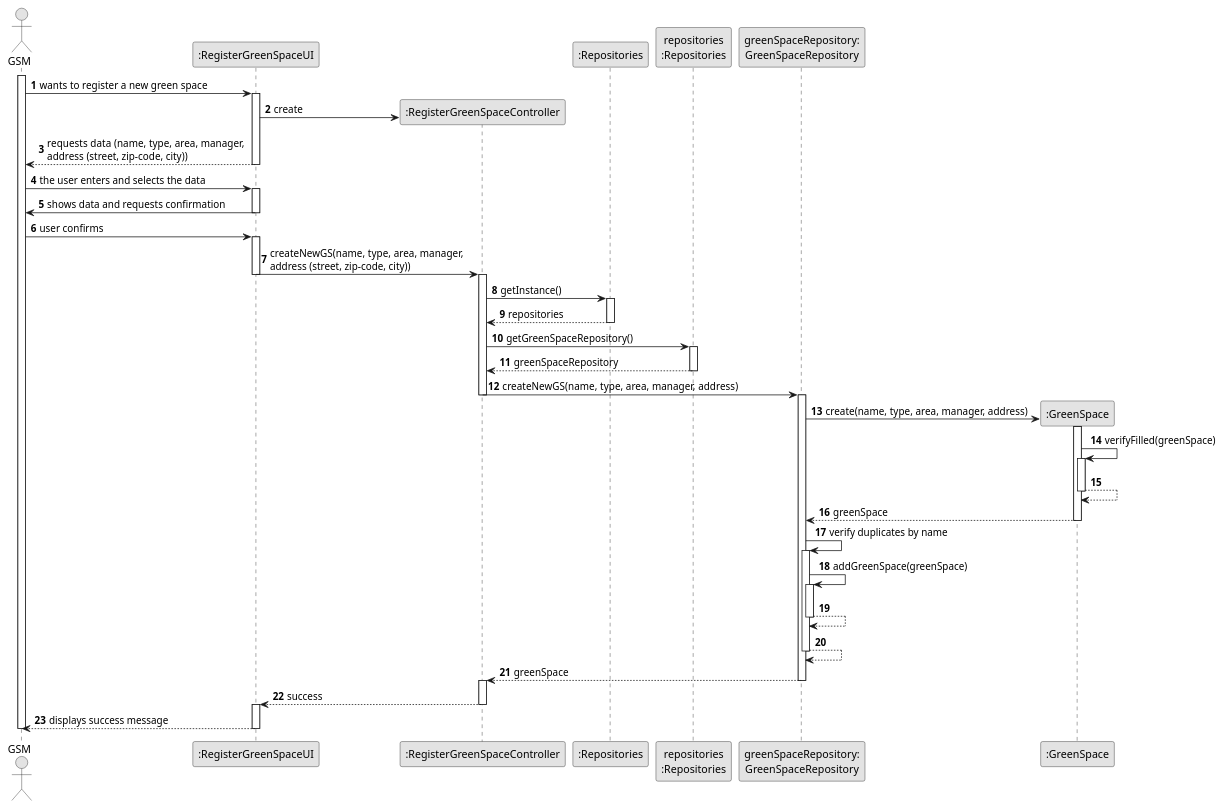
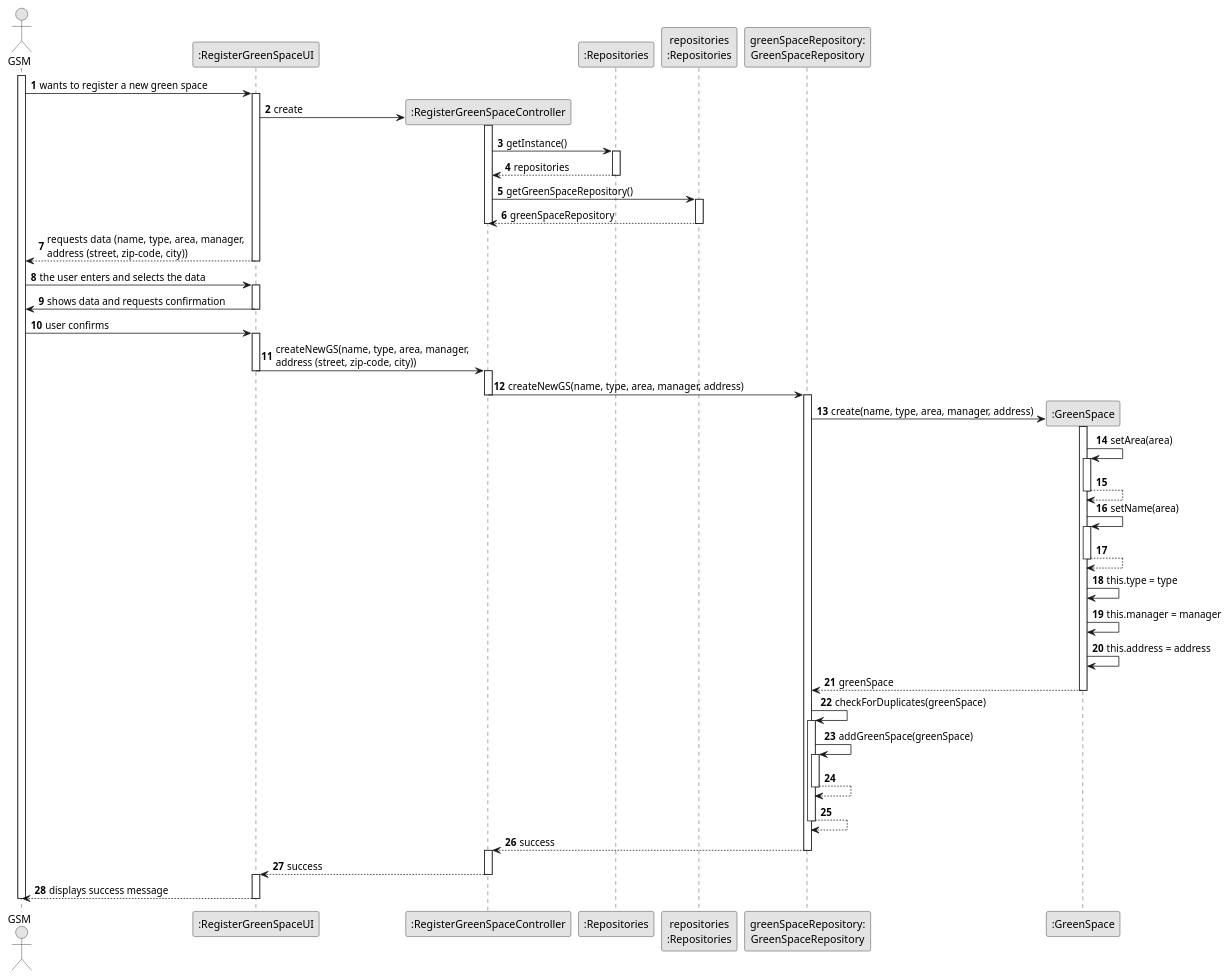
The diagram in docs/sprintC/us020/03.design/puml/us020-sequence-diagram-full.puml (ricardomm7/leaflink), drawn with PlantUML before and after one commit. The commit also changed 14 other files, not shown here.

```diff
--- a/docs/sprintC/us020/03.design/puml/us020-sequence-diagram-full.puml
+++ b/docs/sprintC/us020/03.design/puml/us020-sequence-diagram-full.puml
@@ -2,73 +2,86 @@
 @startuml
 skinparam monochrome true
 skinparam packageStyle rectangle
 skinparam shadowing false
 
 'title System Sequence Diagram (SSD) - US020
 
 autonumber
 
 actor "GSM" as GSM
 participant ":RegisterGreenSpaceUI" as UI
 participant ":RegisterGreenSpaceController" as CTRL
 participant ":Repositories" as RepositorySingleton
 participant "repositories\n:Repositories" as PLAT
 participant "greenSpaceRepository:\nGreenSpaceRepository" as gsrepo
 participant ":GreenSpace" as GS
 
 activate GSM
 
     GSM -> UI : wants to register a new green space
     activate UI
 
         UI -> CTRL** : create
-
+activate CTRL
+CTRL -> RepositorySingleton : getInstance()
+activate RepositorySingleton
+RepositorySingleton --> CTRL : repositories
+deactivate RepositorySingleton
+CTRL -> PLAT : getGreenSpaceRepository()
+activate PLAT
+PLAT -->  CTRL: greenSpaceRepository
+deactivate PLAT
+deactivate CTRL
         UI --> GSM : requests data (name, type, area, manager, \naddress (street, zip-code, city))
         deactivate UI
 GSM -> UI : the user enters and selects the data
 activate UI
 UI-> GSM : shows data and requests confirmation
 deactivate UI
 GSM -> UI: user confirms
 activate UI
 UI -> CTRL : createNewGS(name, type, area, manager, \naddress (street, zip-code, city))
 deactivate UI
 activate CTRL
-CTRL -> RepositorySingleton : getInstance()
-activate RepositorySingleton
-RepositorySingleton --> CTRL : repositories
-deactivate RepositorySingleton
-CTRL -> PLAT : getGreenSpaceRepository()
-activate PLAT
-PLAT -->  CTRL: greenSpaceRepository
-deactivate PLAT
 CTRL -> gsrepo : createNewGS(name, type, area, manager, address)
 deactivate CTRL
 activate gsrepo
 gsrepo -> GS** : create(name, type, area, manager, address)
+
 activate GS
-GS -> GS : verifyFilled(greenSpace)
+GS -> GS : setArea(area)
 activate GS
-GS--> GS
+GS --> GS
 deactivate GS
+
+GS -> GS : setName(area)
+activate GS
+GS --> GS
+deactivate GS
+
+GS -> GS : this.type = type
+
+GS -> GS : this.manager = manager
+GS -> GS : this.address = address
+
 GS --> gsrepo : greenSpace
 deactivate GS
-gsrepo -> gsrepo : verify duplicates by name
+gsrepo -> gsrepo : checkForDuplicates(greenSpace)
 activate gsrepo
 gsrepo -> gsrepo : addGreenSpace(greenSpace)
 activate gsrepo
 gsrepo-->gsrepo
 deactivate gsrepo
 gsrepo-->gsrepo
 deactivate gsrepo
-gsrepo --> CTRL : greenSpace
+gsrepo --> CTRL : success
 deactivate gsrepo
 activate CTRL
 CTRL --> UI : success
 deactivate CTRL
 activate UI
 UI-->GSM:displays success message
 deactivate UI
 deactivate GSM
 
 @enduml
```
